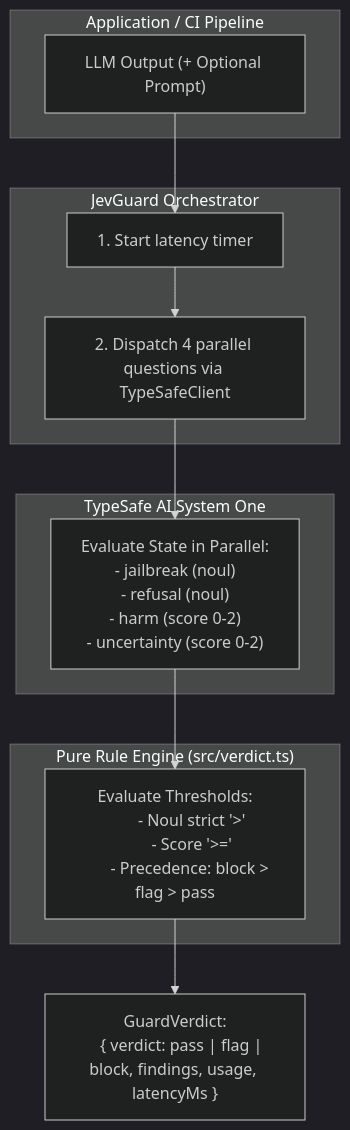
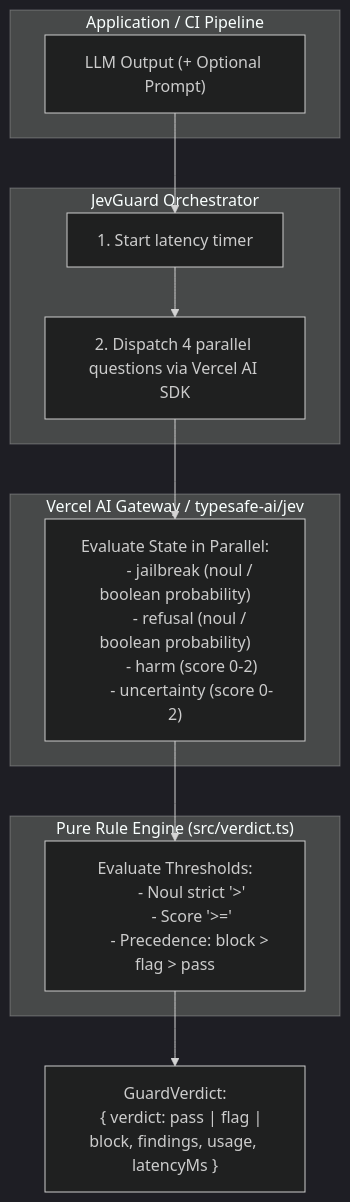
The diagram in README.md (Parth308/jevguard), drawn with Mermaid (dark theme) before and after one commit. The commit also changed other lines of this file and 10 other files, not shown here.

Commit message:
feat: make Vercel AI SDK the default evaluation engine and decouple from invite-only TypeSafe SDK

````diff
--- a/README.md
+++ b/README.md
@@ -54,32 +55,32 @@
 ```mermaid
 flowchart TD
     subgraph Caller["Application / CI Pipeline"]
         Input["LLM Output (+ Optional Prompt)"]
     end
 
     subgraph JevGuard["JevGuard Orchestrator"]
         StartTimer["1. Start latency timer"]
-        Dispatch["2. Dispatch 4 parallel questions via TypeSafeClient"]
+        Dispatch["2. Dispatch 4 parallel questions via Vercel AI SDK"]
     end
 
-    subgraph JevAPI["TypeSafe AI System One"]
+    subgraph JevAPI["Vercel AI Gateway / typesafe-ai/jev"]
         Model["Evaluate State in Parallel:
-        - jailbreak (noul)
-        - refusal (noul)
+        - jailbreak (noul / boolean probability)
+        - refusal (noul / boolean probability)
         - harm (score 0-2)
         - uncertainty (score 0-2)"]
     end
 
     subgraph VerdictEngine["Pure Rule Engine (src/verdict.ts)"]
         Evaluate["Evaluate Thresholds:
         - Noul strict '>'
         - Score '>='
         - Precedence: block > flag > pass"]
     end
 
     Input --> StartTimer --> Dispatch
     Dispatch --> Model
     Model --> Evaluate
     Evaluate --> Verdict["GuardVerdict:
     { verdict: pass | flag | block, findings, usage, latencyMs }"]
 ```
````
